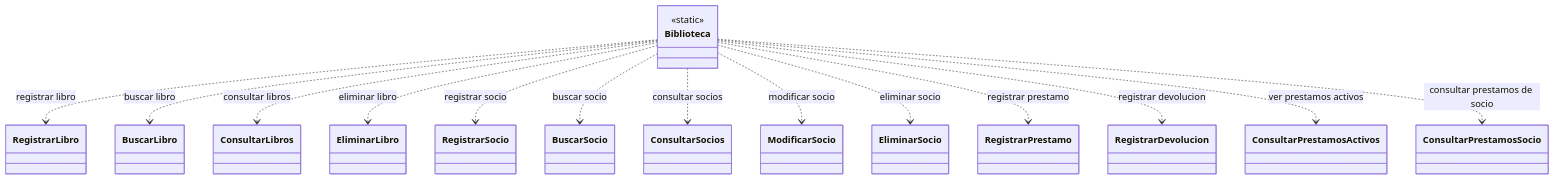
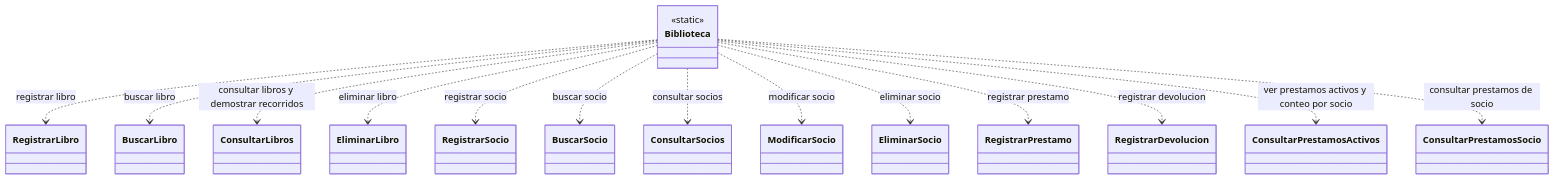
One commit to gabcas2/Trabajo-integrador-UNAJbooks changed the second of 2 diagrams in TP_integrador_2026/Documentacion/DiagramaUML/DiagramaPresentacion.md. Above: the diagram before and after it, drawn with Mermaid. The commit also changed other lines of this file and 32 other files, not shown here.

````diff
--- a/TP_integrador_2026/Documentacion/DiagramaUML/DiagramaPresentacion.md
+++ b/TP_integrador_2026/Documentacion/DiagramaUML/DiagramaPresentacion.md
@@ -49,40 +50,40 @@
 ```mermaid
 classDiagram
 direction TB
 
 class Biblioteca {
     <<static>>
 }
 
 class RegistrarLibro
 class BuscarLibro
 class ConsultarLibros
 class EliminarLibro
 
 class RegistrarSocio
 class BuscarSocio
 class ConsultarSocios
 class ModificarSocio
 class EliminarSocio
 
 class RegistrarPrestamo
 class RegistrarDevolucion
 class ConsultarPrestamosActivos
 class ConsultarPrestamosSocio
 
 Biblioteca ..> RegistrarLibro : registrar libro
 Biblioteca ..> BuscarLibro : buscar libro
-Biblioteca ..> ConsultarLibros : consultar libros
+Biblioteca ..> ConsultarLibros : consultar libros y demostrar recorridos
 Biblioteca ..> EliminarLibro : eliminar libro
 
 Biblioteca ..> RegistrarSocio : registrar socio
 Biblioteca ..> BuscarSocio : buscar socio
 Biblioteca ..> ConsultarSocios : consultar socios
 Biblioteca ..> ModificarSocio : modificar socio
 Biblioteca ..> EliminarSocio : eliminar socio
 
 Biblioteca ..> RegistrarPrestamo : registrar prestamo
 Biblioteca ..> RegistrarDevolucion : registrar devolucion
-Biblioteca ..> ConsultarPrestamosActivos : ver prestamos activos
+Biblioteca ..> ConsultarPrestamosActivos : ver prestamos activos y conteo por socio
 Biblioteca ..> ConsultarPrestamosSocio : consultar prestamos de socio
 ```
````
